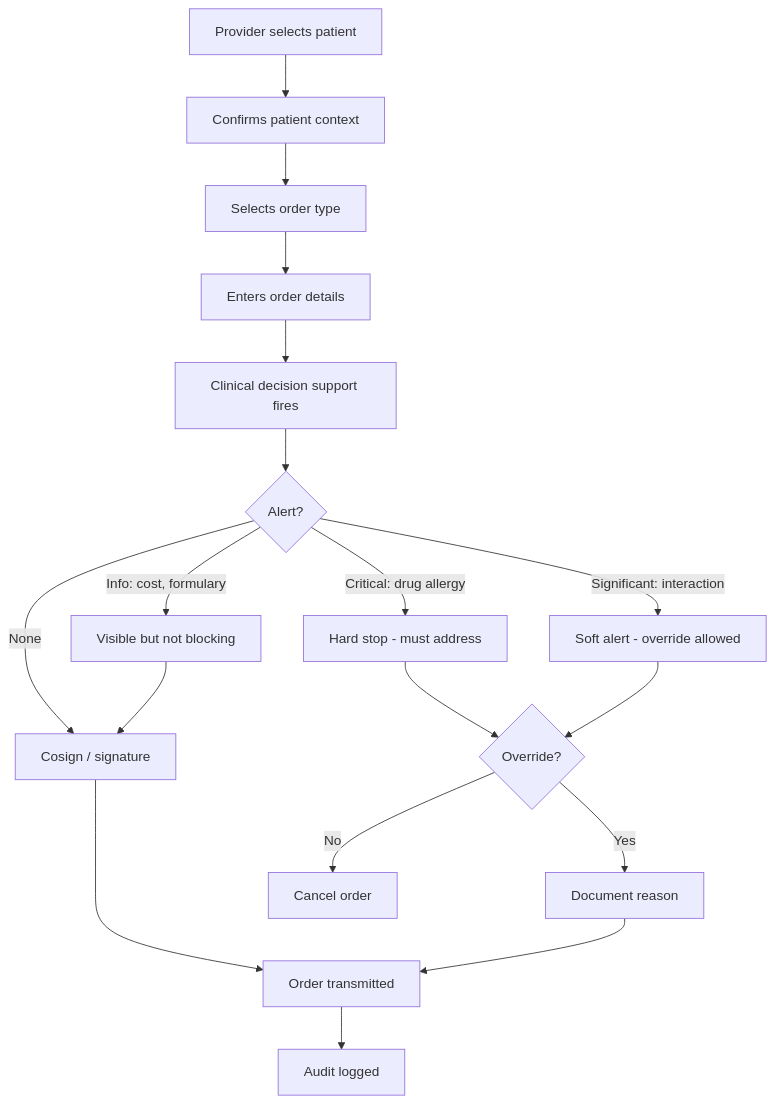
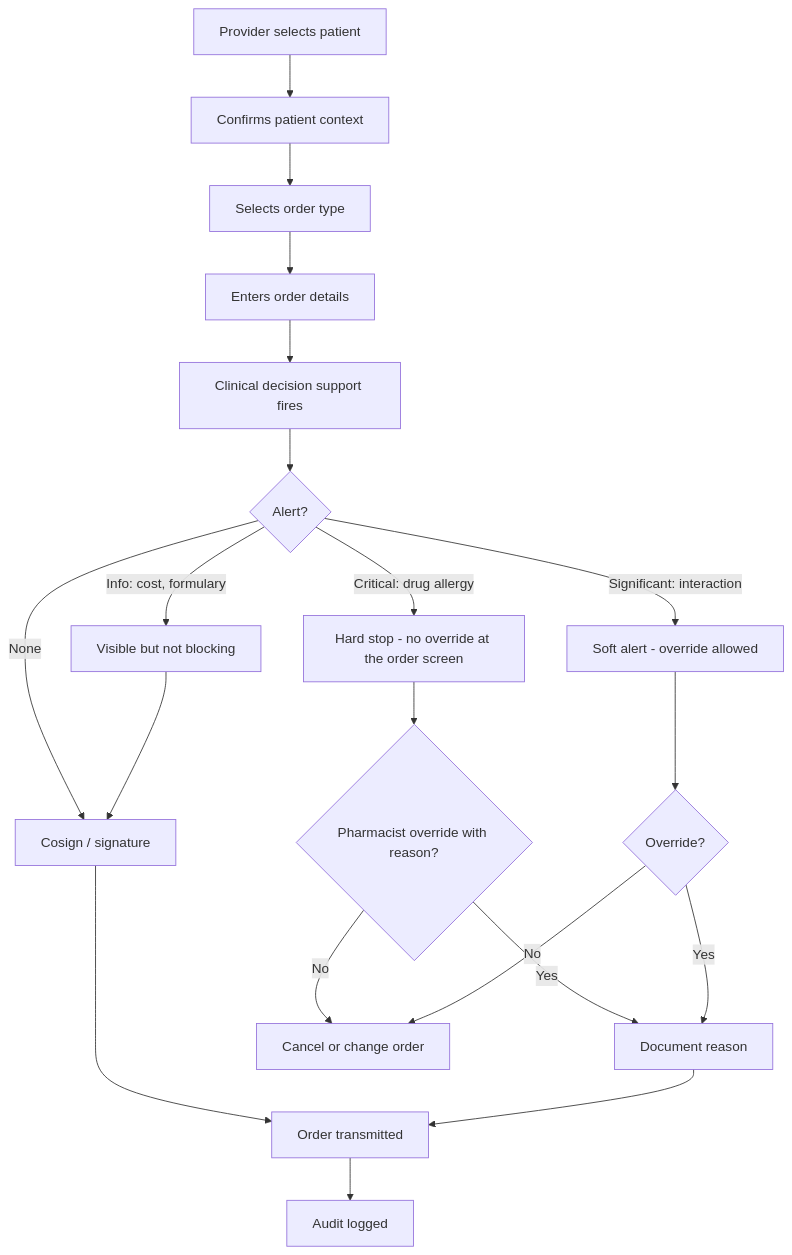
The diagram in dist/codex/software-company/.agents/skills/healthcare-systems/references/clinical-workflows.md (sansernonline/SQT-Marketplace), drawn with Mermaid before and after one commit. The commit also changed other lines of this file and 15980 other files, not shown here.

````diff
--- a/dist/codex/software-company/.agents/skills/healthcare-systems/references/clinical-workflows.md
+++ b/dist/codex/software-company/.agents/skills/healthcare-systems/references/clinical-workflows.md
@@ -53,20 +53,22 @@
 ```mermaid
 flowchart TD
     A[Provider selects patient] --> B[Confirms patient context]
     B --> C[Selects order type]
     C --> D[Enters order details]
     D --> E[Clinical decision support fires]
     E --> F{Alert?}
-    F -->|Critical: drug allergy| G[Hard stop - must address]
+    F -->|Critical: drug allergy| G[Hard stop - no override at the order screen]
     F -->|Significant: interaction| H[Soft alert - override allowed]
     F -->|Info: cost, formulary| I[Visible but not blocking]
     F -->|None| J[Cosign / signature]
-    G --> K{Override?}
-    H --> K
+    G --> P{Pharmacist override with reason?}
+    P -->|Yes| L
+    P -->|No| M[Cancel or change order]
+    H --> K{Override?}
     K -->|Yes| L[Document reason]
-    K -->|No| M[Cancel order]
+    K -->|No| M
     I --> J
     J --> N[Order transmitted]
     L --> N
     N --> O[Audit logged]
 ```
````
